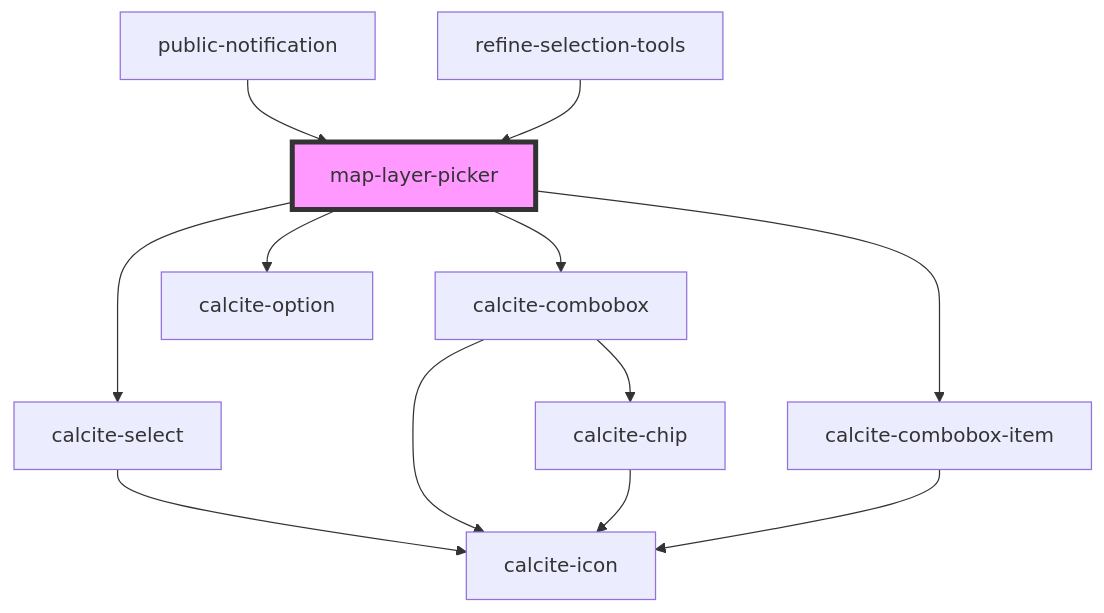
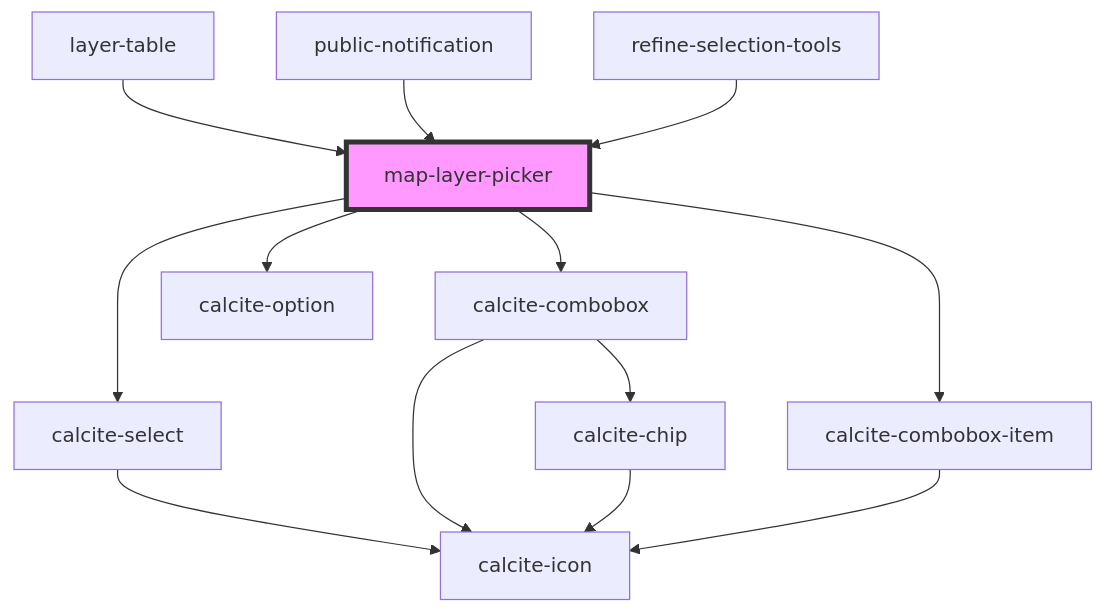
One commit to Esri/solutions-components changed the diagram in src/components/map-layer-picker/readme.md. Above: the diagram before and after it, drawn with Mermaid. The commit also changed other lines of this file and 9 other files, not shown here.

Commit message:
start layer table

````diff
--- a/src/components/map-layer-picker/readme.md
+++ b/src/components/map-layer-picker/readme.md
@@ -40,15 +41,16 @@
 ```mermaid
 graph TD;
   map-layer-picker --> calcite-select
   map-layer-picker --> calcite-combobox
   map-layer-picker --> calcite-combobox-item
   map-layer-picker --> calcite-option
   calcite-select --> calcite-icon
   calcite-combobox --> calcite-chip
   calcite-combobox --> calcite-icon
   calcite-chip --> calcite-icon
   calcite-combobox-item --> calcite-icon
+  layer-table --> map-layer-picker
   public-notification --> map-layer-picker
   refine-selection-tools --> map-layer-picker
   style map-layer-picker fill:#f9f,stroke:#333,stroke-width:4px
 ```
````
